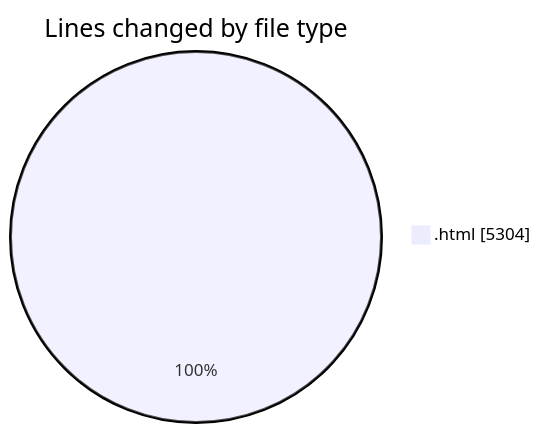
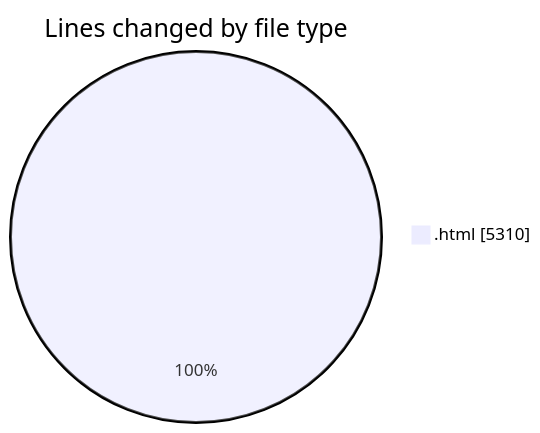
The first of 2 diagrams in 2025-08-10/nxtqube_webapp/README.md (nxtqubesakshisongat/code-tracking), drawn with Mermaid before and after one commit. The commit also changed other lines of this file and 1 other file, not shown here.

````diff
--- a/2025-08-10/nxtqube_webapp/README.md
+++ b/2025-08-10/nxtqube_webapp/README.md
@@ -22,5 +22,5 @@
 ```mermaid
 pie showData
 title Lines changed by file type
-".html" : 5304
+".html" : 5310
 ```
````
